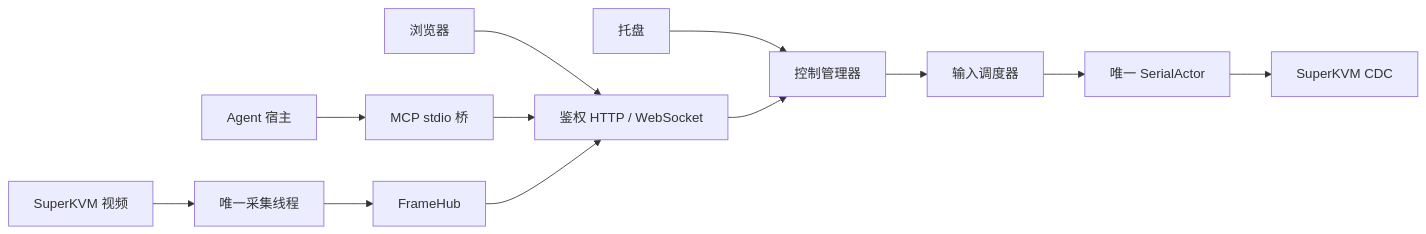
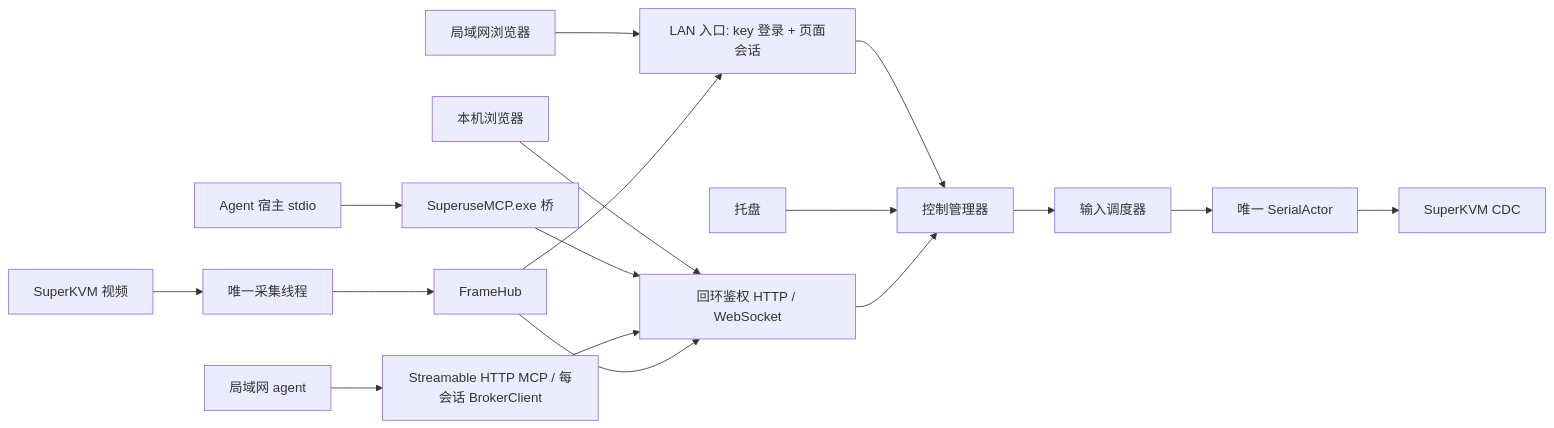
One commit to fevenor/superuse changed the diagram in docs/development/architecture.md. Above: the diagram before and after it, drawn with Mermaid. The commit also changed other lines of this file and 63 other files, not shown here.

First line of the commit message:
Add real-device startup and LAN HTTP access

````diff
--- a/docs/development/architecture.md
+++ b/docs/development/architecture.md
@@ -13,14 +13,19 @@
 ```mermaid
 flowchart LR
-    Human[浏览器] --> API[鉴权 HTTP / WebSocket]
-    Agent[Agent 宿主] --> MCP[MCP stdio 桥]
-    MCP --> API
+    HumanLocal[本机浏览器] --> API[回环鉴权 HTTP / WebSocket]
+    HumanLAN[局域网浏览器] --> LAN[LAN 入口: key 登录 + 页面会话]
+    AgentStdio[Agent 宿主 stdio] --> MCPStdio[SuperuseMCP.exe 桥]
+    AgentHTTP[局域网 agent] --> MCPHTTP[Streamable HTTP MCP / 每会话 BrokerClient]
+    LAN --> Manager
+    MCPStdio --> API
+    MCPHTTP --> API
     Tray[托盘] --> Manager[控制管理器]
     API --> Manager
     Manager --> Scheduler[输入调度器]
     Scheduler --> Serial[唯一 SerialActor]
     Serial --> Device[SuperKVM CDC]
     Video[SuperKVM 视频] --> Capture[唯一采集线程]
     Capture --> Hub[FrameHub]
     Hub --> API
+    Hub --> LAN
 ```
````
